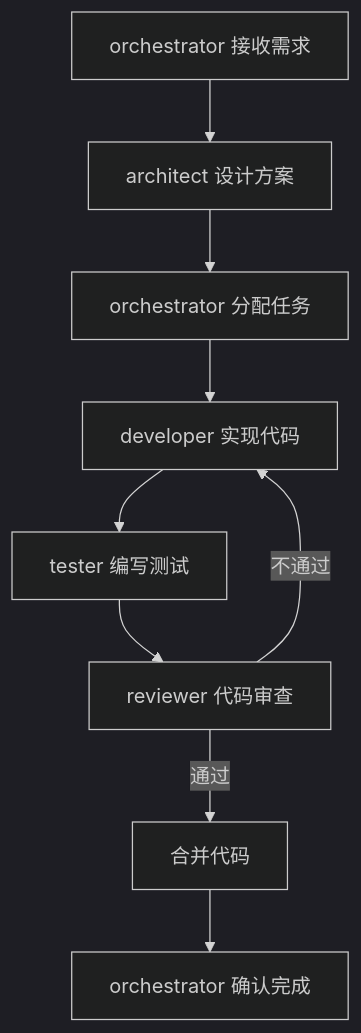
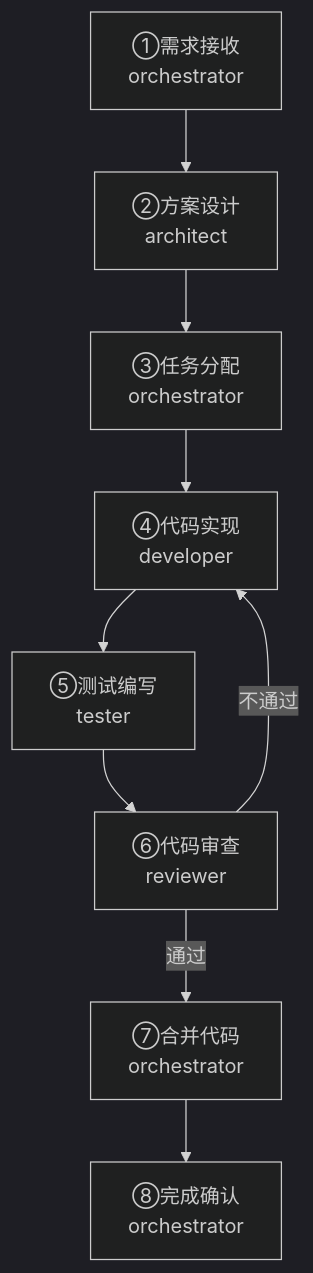
One commit to xinetzone/SpecWeave changed the second of 4 diagrams in .agents/workflows/feature-development.md. Above: the diagram before and after it, drawn with Mermaid (dark theme). The commit also changed other lines of this file and 15 other files, not shown here.

````diff
--- a/.agents/workflows/feature-development.md
+++ b/.agents/workflows/feature-development.md
@@ -5,11 +35,11 @@
 ```mermaid
 flowchart TD
-    A["orchestrator 接收需求"] --> B["architect 设计方案"]
-    B --> C["orchestrator 分配任务"]
-    C --> D["developer 实现代码"]
-    D --> E["tester 编写测试"]
-    E --> F["reviewer 代码审查"]
-    F -->|"通过"| G["合并代码"]
+    A["①需求接收<br/>orchestrator"] --> B["②方案设计<br/>architect"]
+    B --> C["③任务分配<br/>orchestrator"]
+    C --> D["④代码实现<br/>developer"]
+    D --> E["⑤测试编写<br/>tester"]
+    E --> F["⑥代码审查<br/>reviewer"]
+    F -->|"通过"| G["⑦合并代码<br/>orchestrator"]
     F -->|"不通过"| D
-    G --> H["orchestrator 确认完成"]
+    G --> H["⑧完成确认<br/>orchestrator"]
 ```
````
